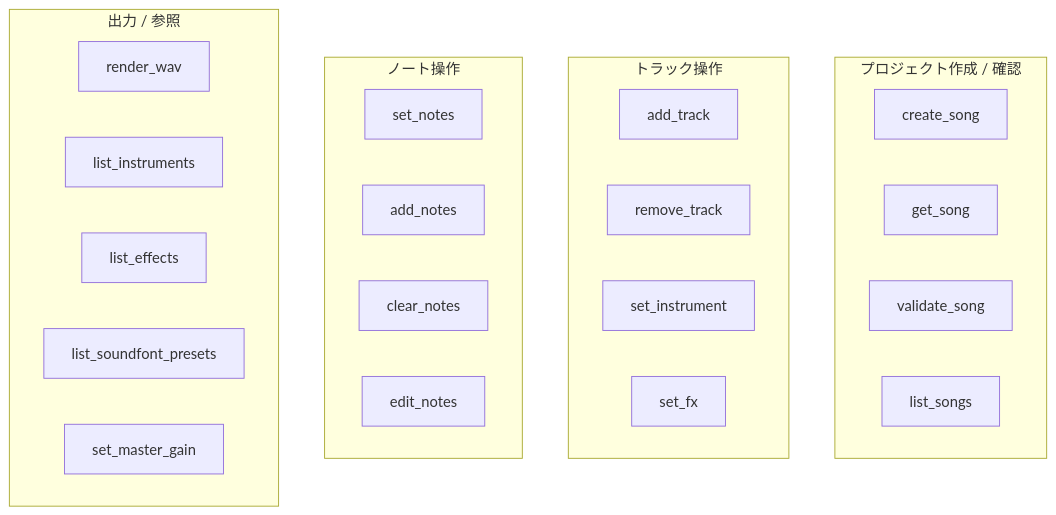
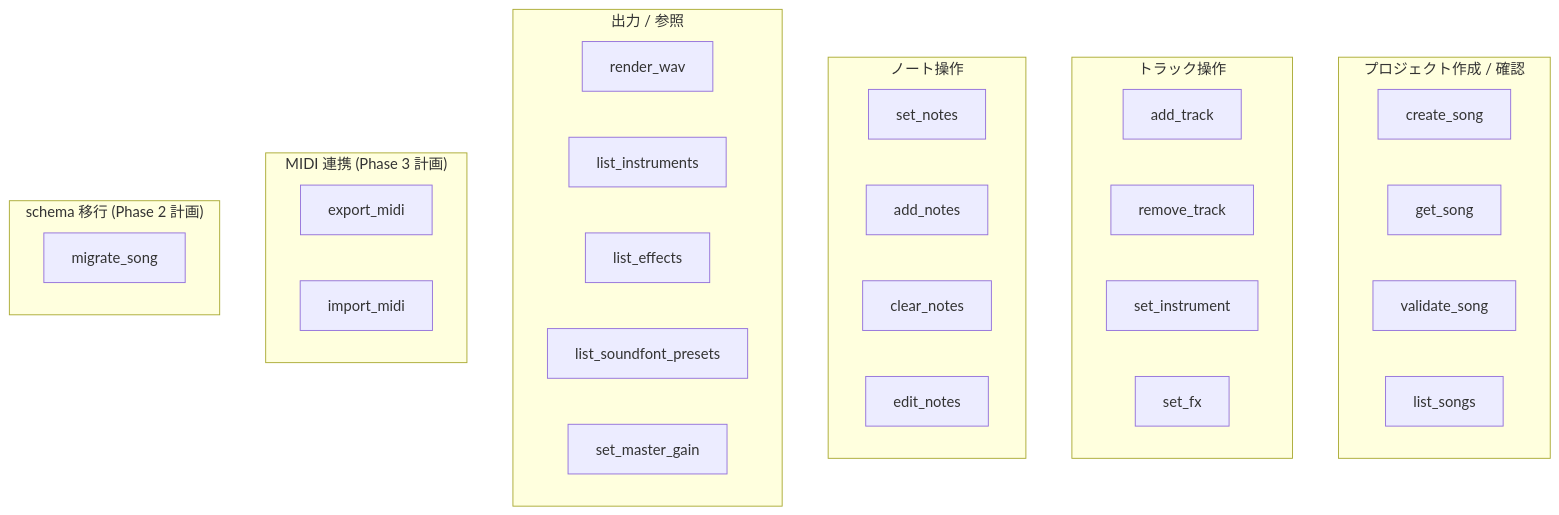
The second of 2 diagrams in docs/design/04-mcp.md (krtw00/codetta), drawn with Mermaid before and after one commit. The commit also changed other lines of this file and 1 other file, not shown here.

First line of the commit message:
docs: 04-mcp を SF2 + Phase 2/3 tools で書き直し + 03 sweep

````diff
--- a/docs/design/04-mcp.md
+++ b/docs/design/04-mcp.md
@@ -62,28 +77,35 @@
 ```mermaid
 flowchart TB
     subgraph 作成["プロジェクト作成 / 確認"]
         T1[create_song]
         T2[get_song]
         T3[validate_song]
         T4[list_songs]
     end
     subgraph トラック["トラック操作"]
         T5[add_track]
         T6[remove_track]
         T7[set_instrument]
         T8[set_fx]
     end
     subgraph ノート["ノート操作"]
         T9[set_notes]
         T10[add_notes]
         T11[clear_notes]
         T12[edit_notes]
     end
     subgraph 出力["出力 / 参照"]
         T13[render_wav]
         T14[list_instruments]
         T15[list_effects]
         T16[list_soundfont_presets]
         T17[set_master_gain]
     end
+    subgraph MIDI["MIDI 連携 (Phase 3 計画)"]
+        T18[export_midi]
+        T19[import_midi]
+    end
+    subgraph Schema["schema 移行 (Phase 2 計画)"]
+        T20[migrate_song]
+    end
 ```
````
